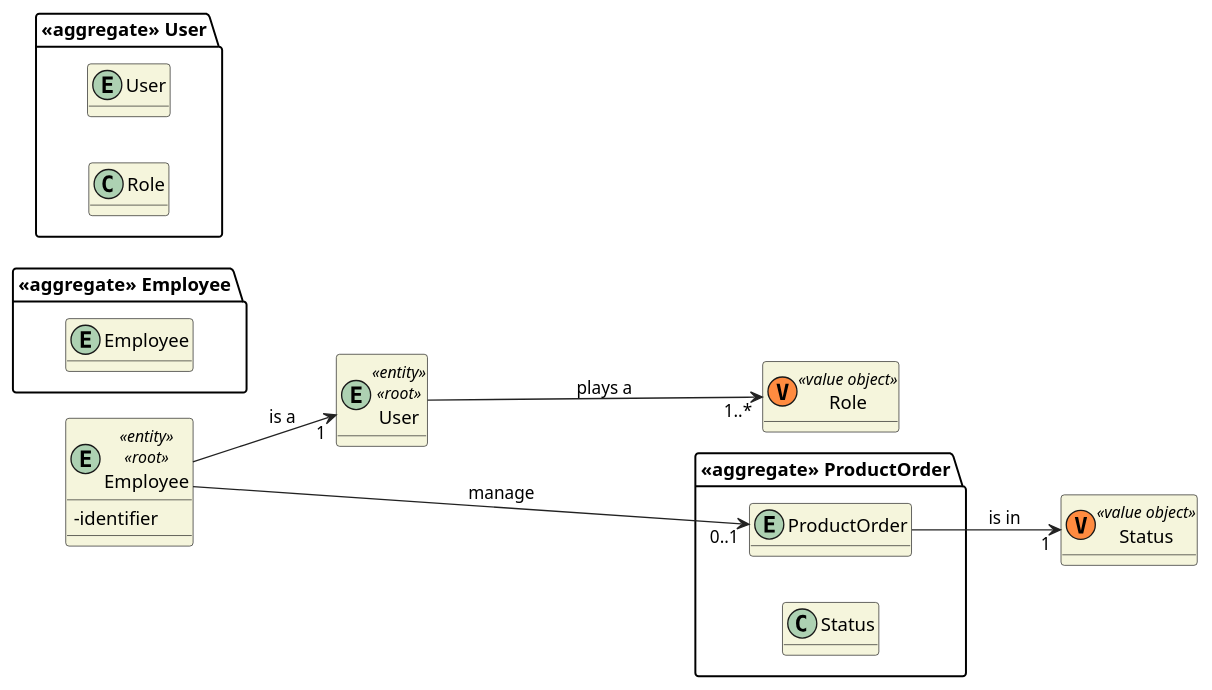
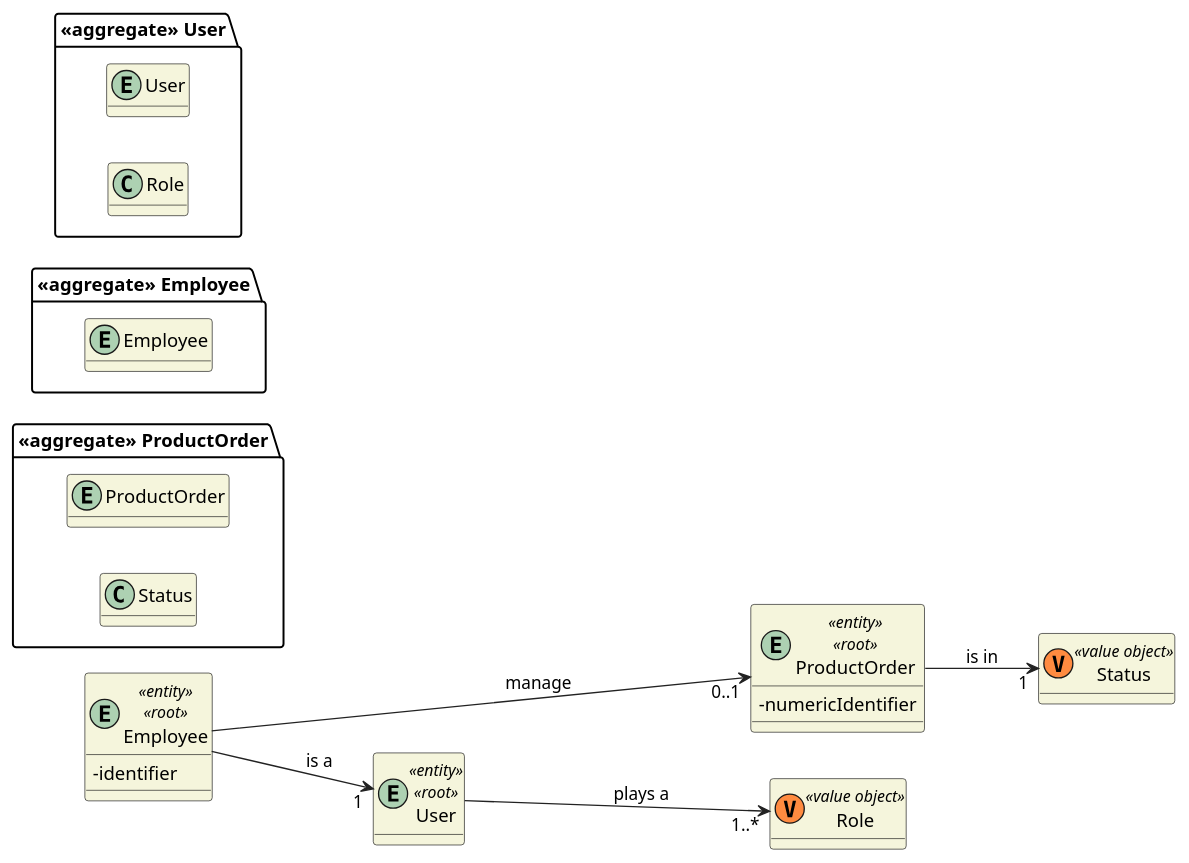
The diagram in docs/1201386/US1006/DM_Orders.puml (0franciscor/lei21_22_s4_2de_01), drawn with PlantUML before and after one commit. The commit also changed 5 other files, not shown here.

```diff
--- a/docs/1201386/US1006/DM_Orders.puml
+++ b/docs/1201386/US1006/DM_Orders.puml
@@ -1,47 +1,49 @@
 @startuml
 'https://plantuml.com/class-diagram
 
 skinparam classAttributeIconSize 0
 hide empty attributes
 left to right direction
 skinparam classBackgroundColor beige
 skinparam ArrowColor #222222
 
 package "<<aggregate>> ProductOrder"{
     entity ProductOrder
     class Status
 }
 
-
+entity ProductOrder <<entity>> <<root>> {
+- numericIdentifier
+}
 
 class Status <<(V,#FF8B40) value object>> {}
 
 
 package "<<aggregate>> Employee" {
     entity Employee
 }
 
 entity Employee <<entity>> <<root>> {
     -identifier
 }
 
 package "<<aggregate>> User" {
     entity User
     class Role
 }
 
 entity User <<entity>> <<root>> {
 
 }
 
 class Role <<(V,#FF8B40) value object>> {}
 
 User ---> "1..*" Role : plays a
 
 Employee --> "1" User : is a
 
 Employee  ----> "0..1" ProductOrder : manage
 ProductOrder --> "1" Status : is in
 
 
 @enduml
```
